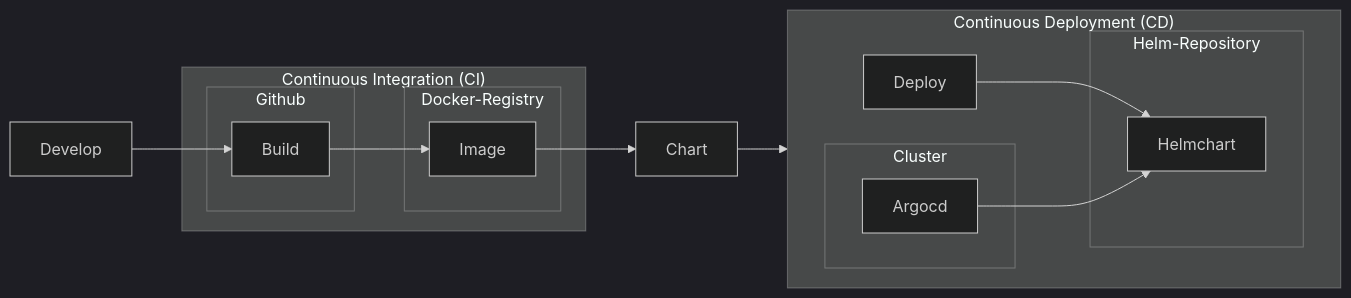
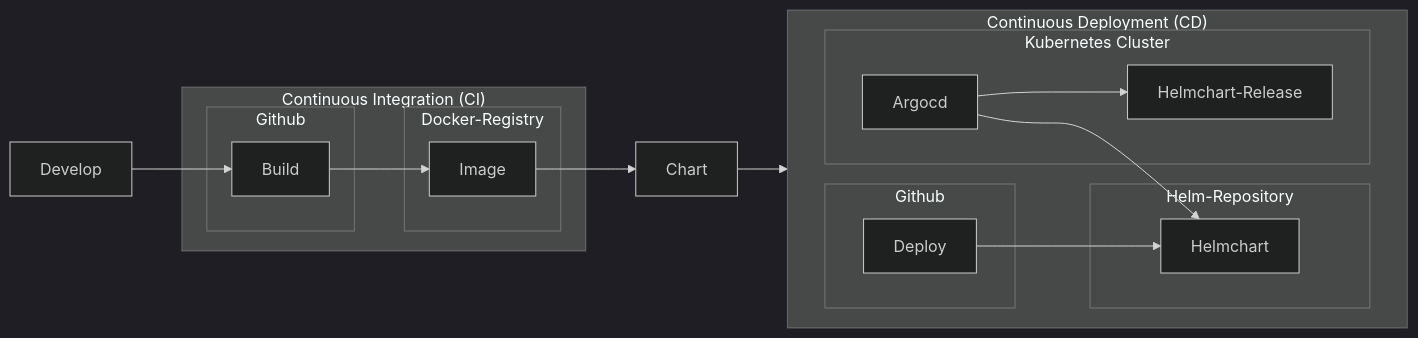
The second of 2 diagrams in README.md (jwausle/gitops.argocd.treboul), drawn with Mermaid (dark theme) before and after one commit. The commit also changed 1 other file, not shown here.

Commit message:
Added CI

````diff
--- a/README.md
+++ b/README.md
@@ -94,27 +94,31 @@
 ```mermaid
 flowchart LR
     Develop --> Build
     subgraph "Continuous Integration (CI)"
         subgraph Github 
             Build 
         end
         subgraph Docker-Registry
             Image
         end
         Build --> Image
     end
     Image --> Chart
     Chart --> Deploy
     subgraph "Continuous Deployment (CD)"
         direction LR
         Deploy --> Helmchart
+        subgraph Github 
+            Deploy
+        end
         subgraph Helm-Repository
             Helmchart
         end
-        subgraph Cluster
+        subgraph "Kubernetes Cluster"
             Argocd --> Helmchart
+            Argocd --> Helmchart-Release
         end
     end
     
     
 ```
````
